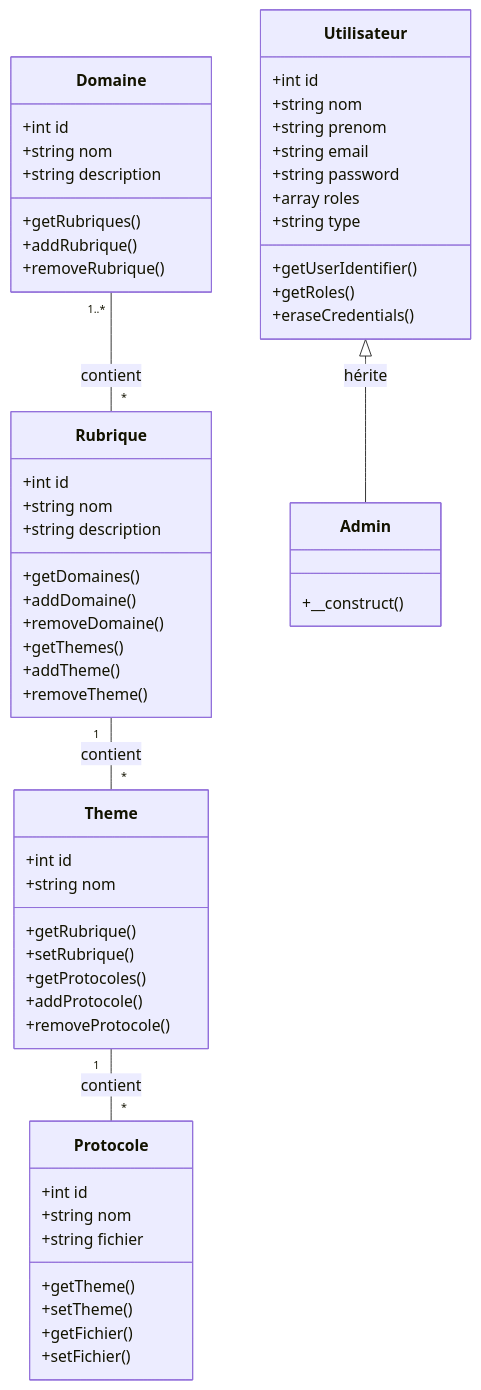
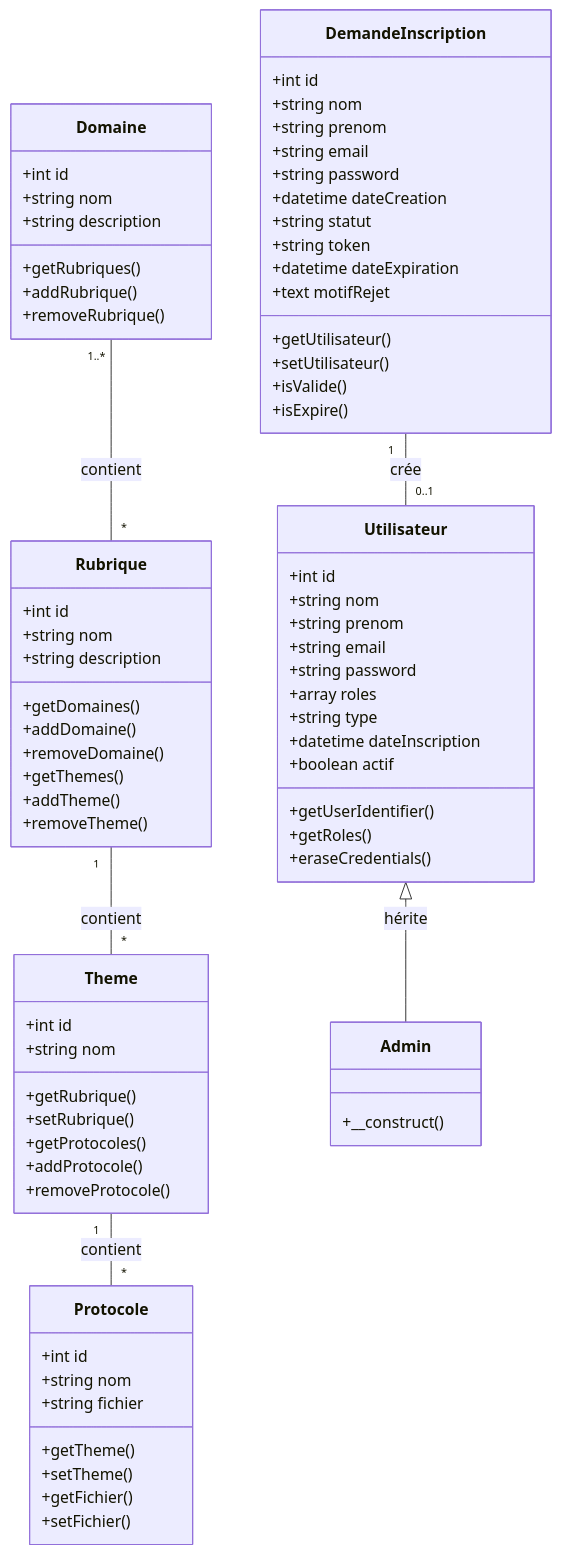
The diagram in DIAGRAMME_UML.md (MaximeSauvageREPERE/lereperedesprotocoles), drawn with Mermaid before and after one commit. The commit also changed other lines of this file and 2 other files, not shown here.

Commit message:
Mise à jour DIAGRAMME_UML, ajout entité DemandeInscription, ajout workflow d'enregistrement et description utilisateur

````diff
--- a/DIAGRAMME_UML.md
+++ b/DIAGRAMME_UML.md
@@ -47,6 +47,23 @@
         +setFichier()
     }
     
+    class DemandeInscription {
+        +int id
+        +string nom
+        +string prenom
+        +string email
+        +string password
+        +datetime dateCreation
+        +string statut
+        +string token
+        +datetime dateExpiration
+        +text motifRejet
+        +getUtilisateur()
+        +setUtilisateur()
+        +isValide()
+        +isExpire()
+    }
+    
     class Utilisateur {
         +int id
         +string nom
@@ -55,6 +72,8 @@
         +string password
         +array roles
         +string type
+        +datetime dateInscription
+        +boolean actif
         +getUserIdentifier()
         +getRoles()
         +eraseCredentials()
@@ -67,6 +86,7 @@
     Domaine "1..*" -- "*" Rubrique : contient
     Rubrique "1" -- "*" Theme : contient
     Theme "1" -- "*" Protocole : contient
+    DemandeInscription "1" -- "0..1" Utilisateur : crée
     Utilisateur <|-- Admin : hérite
 
 ```
````
